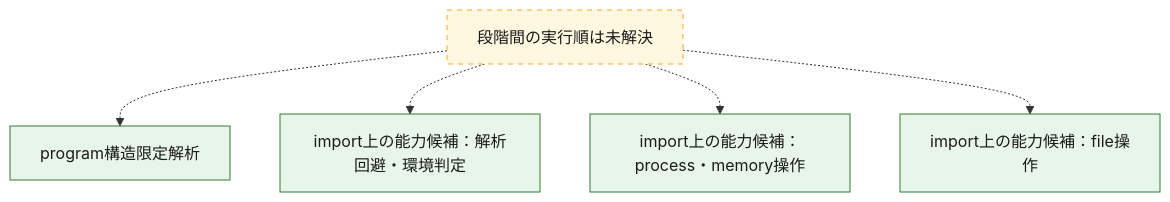
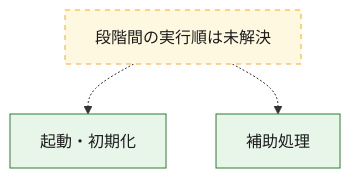
Before and after one commit to proshiba/AI-security-analysis: the first of 3 diagrams in analysis-results/malware/unclassified/versions/unknown/cases/3941e8b6ca541c8f030f7907f265c546e1191159bb844b8f9d21551defd0ba41/OVERALL-LOGIC.md, drawn with Mermaid. The commit also changed other lines of this file and 1743 other files, not shown here.

````diff
--- a/analysis-results/malware/unclassified/versions/unknown/cases/3941e8b6ca541c8f030f7907f265c546e1191159bb844b8f9d21551defd0ba41/OVERALL-LOGIC.md
+++ b/analysis-results/malware/unclassified/versions/unknown/cases/3941e8b6ca541c8f030f7907f265c546e1191159bb844b8f9d21551defd0ba41/OVERALL-LOGIC.md
@@ -16,16 +16,12 @@
 ```mermaid
 flowchart TD
-  exec_01["program構造限定解析"]
-  exec_02["import上の能力候補：解析回避・環境判定"]
-  exec_03["import上の能力候補：process・memory操作"]
-  exec_04["import上の能力候補：file操作"]
+  exec_01["起動・初期化"]
+  exec_02["補助処理"]
   exec_unknown["段階間の実行順は未解決"]
   exec_unknown -.-> exec_01
   exec_unknown -.-> exec_02
-  exec_unknown -.-> exec_03
-  exec_unknown -.-> exec_04
   class exec_unknown unresolved
-  class exec_01,exec_02,exec_03,exec_04 confirmed
+  class exec_01,exec_02 confirmed
   classDef confirmed fill:#e8f5e9,stroke:#2e7d32,color:#1b1b1b
   classDef unresolved fill:#fff8e1,stroke:#f9a825,color:#1b1b1b,stroke-dasharray:5 5
 ```
````
